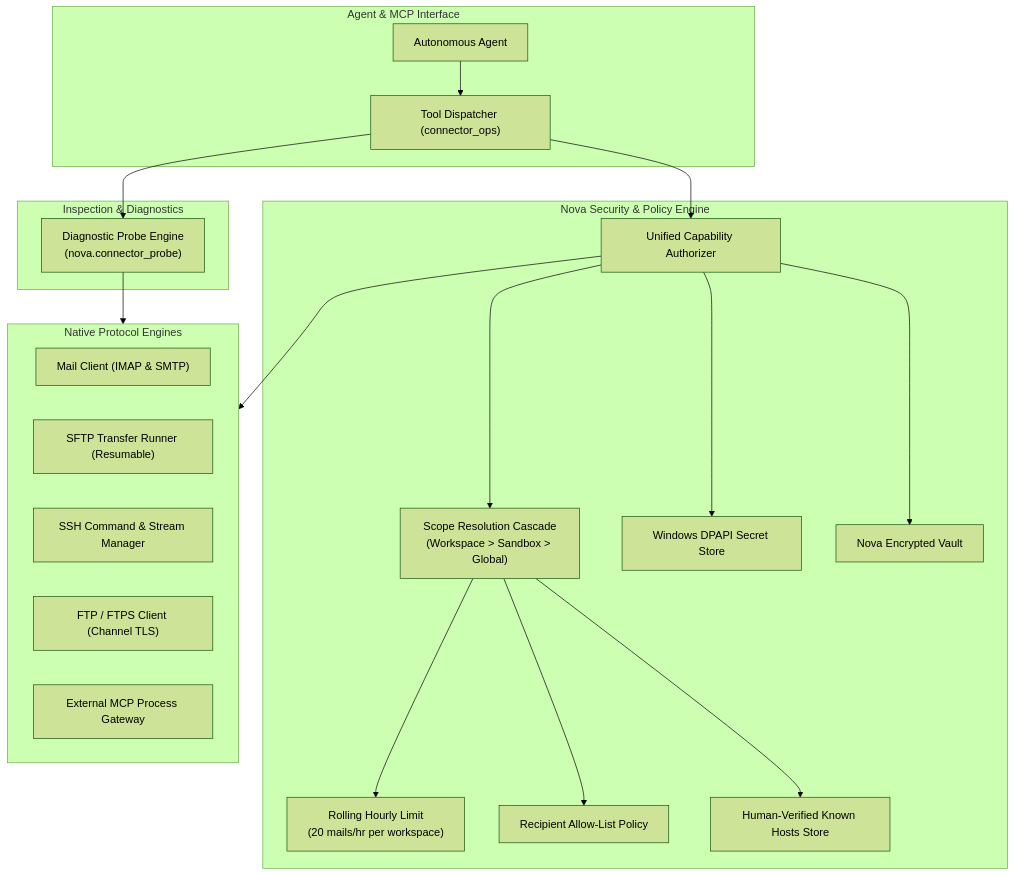
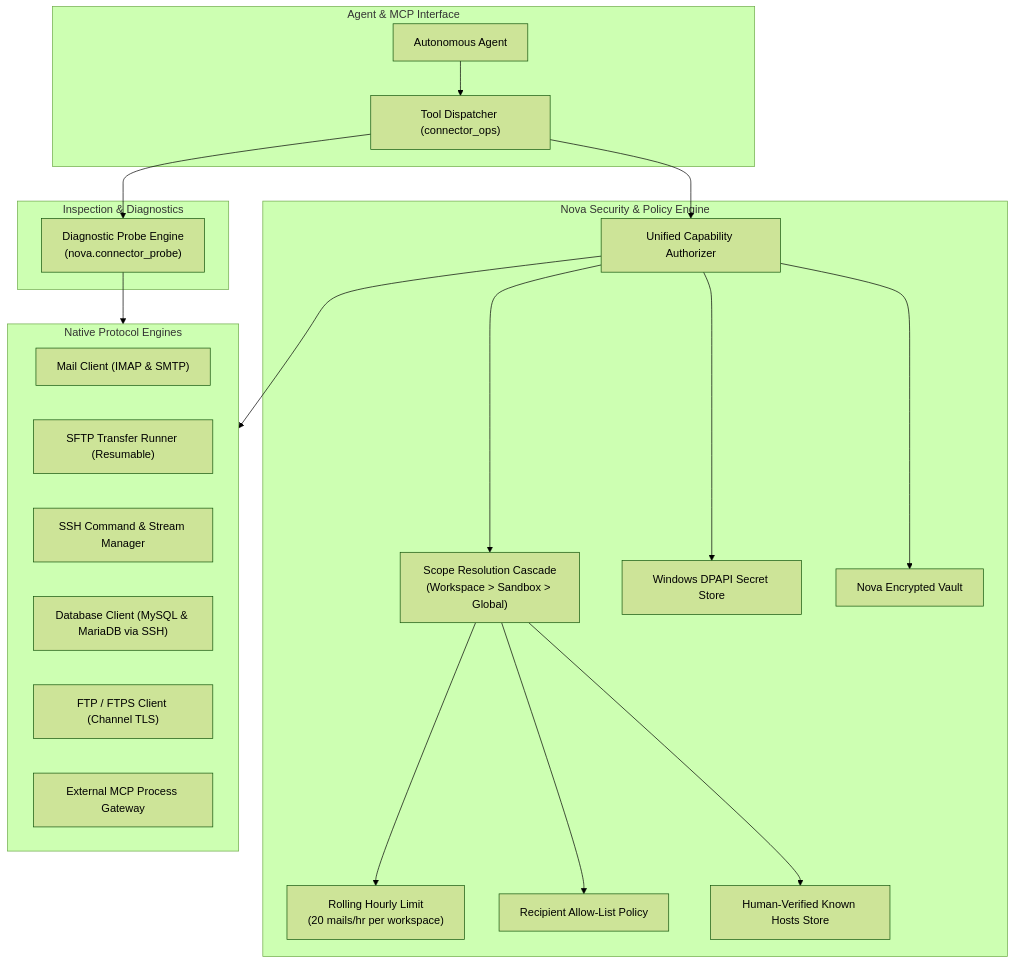
One commit to joelaniol/nova changed the first of 4 diagrams in docs/core-features/connectors/README.md. Above: the diagram before and after it, drawn with Mermaid (forest theme). The commit also changed other lines of this file and 30 other files, not shown here.

````diff
--- a/docs/core-features/connectors/README.md
+++ b/docs/core-features/connectors/README.md
@@ -7,43 +7,44 @@
 ```mermaid
 flowchart TD
     subgraph AgentLayer["Agent & MCP Interface"]
         Agent["Autonomous Agent"]
         MCPTool["Tool Dispatcher (connector_ops)"]
     end
 
     subgraph SecurityCore["Nova Security & Policy Engine"]
         Authorizer["Unified Capability Authorizer"]
         ScopeCascade["Scope Resolution Cascade\n(Workspace > Sandbox > Global)"]
         HourlyLimit["Rolling Hourly Limit\n(20 mails/hr per workspace)"]
         RecipientGate["Recipient Allow-List Policy"]
         HostKeyStore["Human-Verified Known Hosts Store"]
         DPAPI["Windows DPAPI Secret Store"]
         VaultStore["Nova Encrypted Vault"]
     end
 
     subgraph Diagnostics["Inspection & Diagnostics"]
         Probe["Diagnostic Probe Engine\n(nova.connector_probe)"]
     end
 
     subgraph ProtocolEngines["Native Protocol Engines"]
         MailEngine["Mail Client (IMAP & SMTP)"]
         SftpEngine["SFTP Transfer Runner (Resumable)"]
         SshEngine["SSH Command & Stream Manager"]
+        DbEngine["Database Client (MySQL & MariaDB via SSH)"]
         FtpEngine["FTP / FTPS Client (Channel TLS)"]
         ExternalMcp["External MCP Process Gateway"]
     end
 
     Agent --> MCPTool
     MCPTool --> Authorizer
     Authorizer --> ScopeCascade
     ScopeCascade --> HourlyLimit
     ScopeCascade --> RecipientGate
     ScopeCascade --> HostKeyStore
     Authorizer --> DPAPI
     Authorizer --> VaultStore
 
     MCPTool --> Probe
     Probe --> ProtocolEngines
 
     Authorizer --> ProtocolEngines
 ```
````
